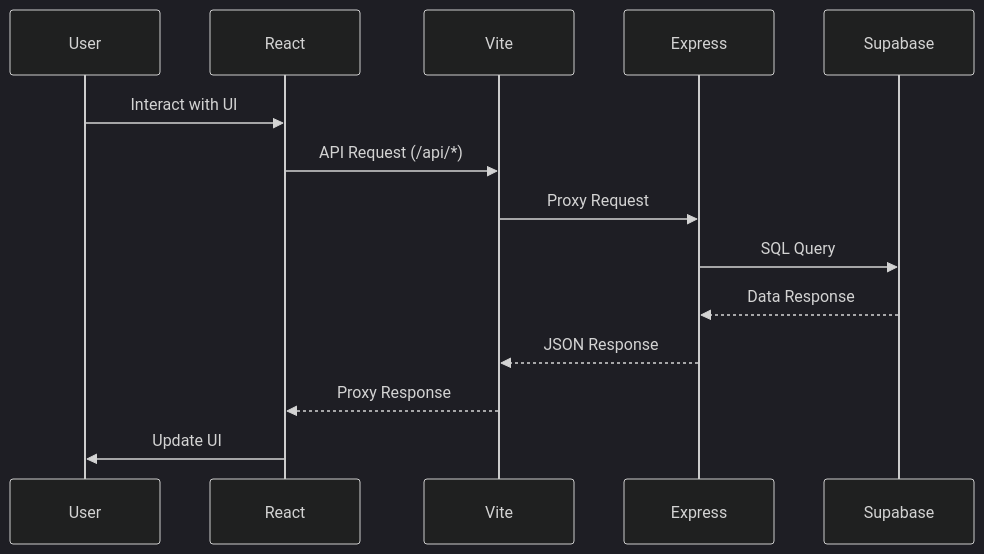
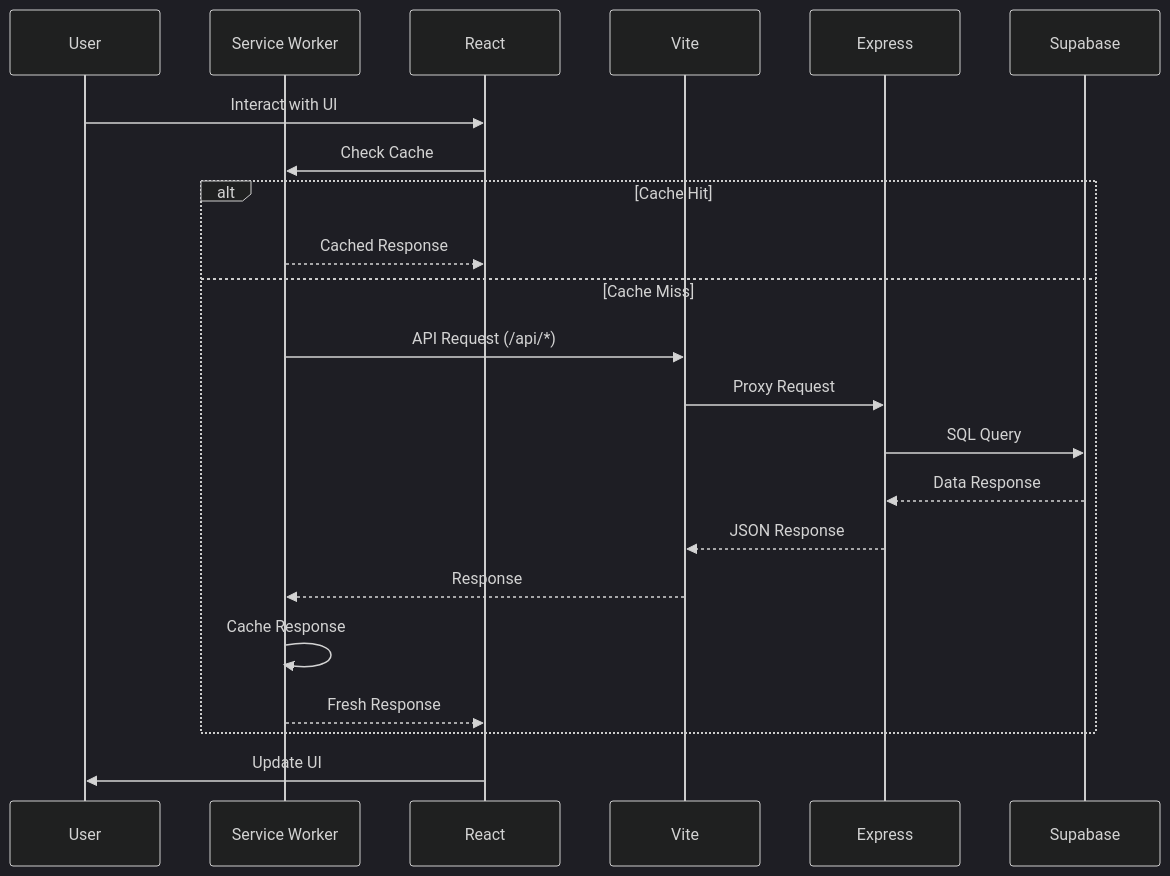
The second of 3 diagrams in plant-swipe/README.md (Duckxel/PlantSwipe), drawn with Mermaid (dark theme) before and after one commit. The commit also changed other lines of this file and 6 other files, not shown here.

````diff
--- a/plant-swipe/README.md
+++ b/plant-swipe/README.md
@@ -92,17 +116,25 @@
 ```mermaid
 sequenceDiagram
     participant User
+    participant SW as Service Worker
     participant React
     participant Vite
     participant Express
     participant Supabase
     
     User->>React: Interact with UI
-    React->>Vite: API Request (/api/*)
-    Vite->>Express: Proxy Request
-    Express->>Supabase: SQL Query
-    Supabase-->>Express: Data Response
-    Express-->>Vite: JSON Response
-    Vite-->>React: Proxy Response
+    React->>SW: Check Cache
+    alt Cache Hit
+        SW-->>React: Cached Response
+    else Cache Miss
+        SW->>Vite: API Request (/api/*)
+        Vite->>Express: Proxy Request
+        Express->>Supabase: SQL Query
+        Supabase-->>Express: Data Response
+        Express-->>Vite: JSON Response
+        Vite-->>SW: Response
+        SW->>SW: Cache Response
+        SW-->>React: Fresh Response
+    end
     React->>User: Update UI
 ```
````
